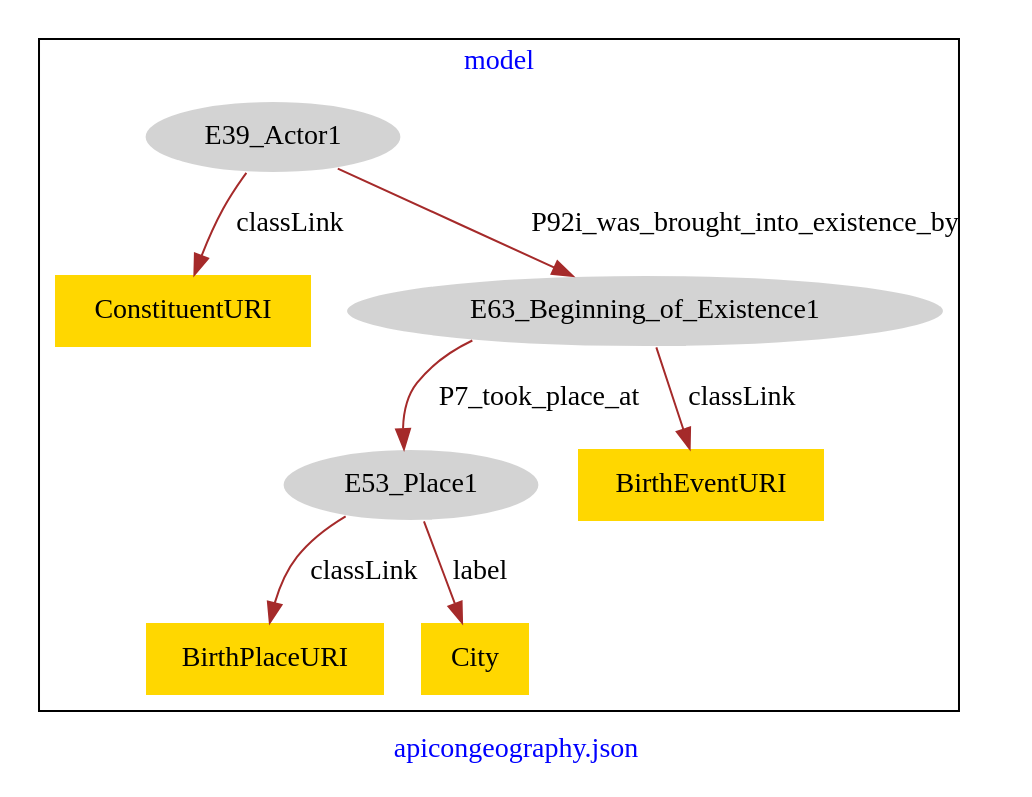
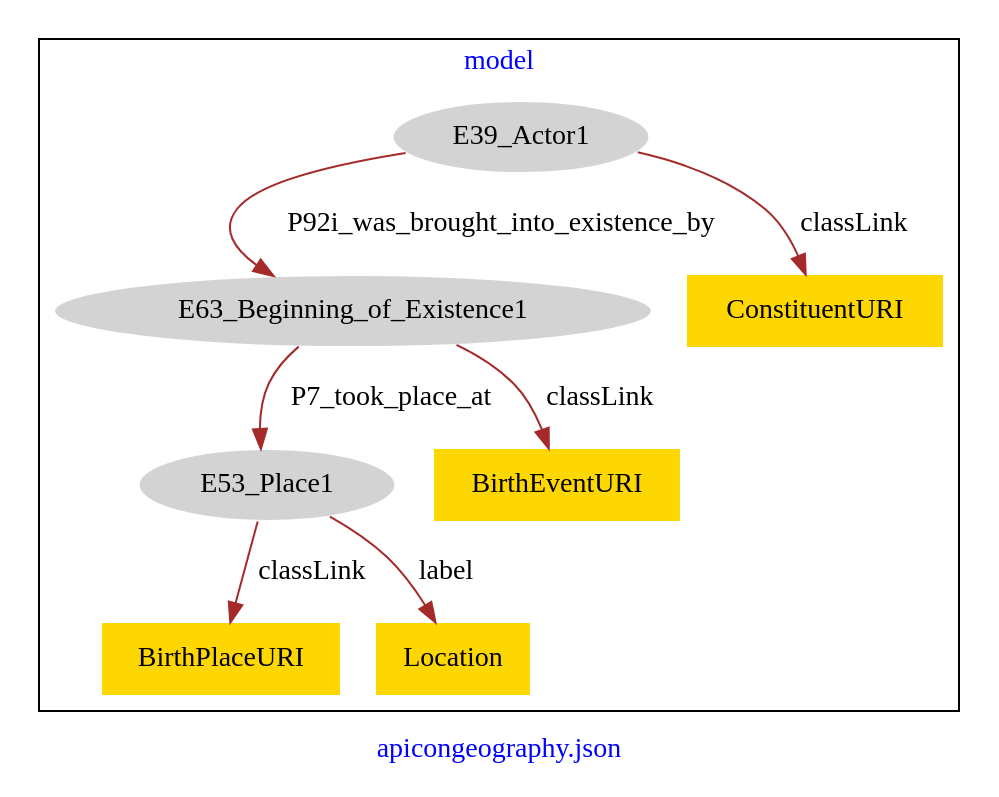
Before and after one commit to american-art/PUAM: the diagram in apicongeography/apicongeography-birth-model.dot, drawn with Graphviz.

Commit message:
Update file apicongeography-birth-model.dot

```diff
--- a/apicongeography/apicongeography-birth-model.dot
+++ b/apicongeography/apicongeography-birth-model.dot
@@ -1,21 +1,21 @@
 digraph n0 {
 fontcolor="blue"
 remincross="true"
 label="apicongeography.json"
 subgraph cluster {
 label="model"
 n2[style="filled",color="white",fillcolor="lightgray",label="E39_Actor1"];
-n3[shape="plaintext",style="filled",fillcolor="gold",label="ConstituentURI"];
-n4[style="filled",color="white",fillcolor="lightgray",label="E63_Beginning_of_Existence1"];
-n5[style="filled",color="white",fillcolor="lightgray",label="E53_Place1"];
-n6[shape="plaintext",style="filled",fillcolor="gold",label="BirthPlaceURI"];
-n7[shape="plaintext",style="filled",fillcolor="gold",label="City"];
-n8[shape="plaintext",style="filled",fillcolor="gold",label="BirthEventURI"];
+n3[style="filled",color="white",fillcolor="lightgray",label="E63_Beginning_of_Existence1"];
+n4[style="filled",color="white",fillcolor="lightgray",label="E53_Place1"];
+n5[shape="plaintext",style="filled",fillcolor="gold",label="BirthEventURI"];
+n6[shape="plaintext",style="filled",fillcolor="gold",label="ConstituentURI"];
+n7[shape="plaintext",style="filled",fillcolor="gold",label="BirthPlaceURI"];
+n8[shape="plaintext",style="filled",fillcolor="gold",label="Location"];
 }
-n2 -> n3[color="brown",fontcolor="black",label="classLink"]
-n2 -> n4[color="brown",fontcolor="black",label="P92i_was_brought_into_existence_by"]
-n5 -> n6[color="brown",fontcolor="black",label="classLink"]
-n5 -> n7[color="brown",fontcolor="black",label="label"]
-n4 -> n8[color="brown",fontcolor="black",label="classLink"]
-n4 -> n5[color="brown",fontcolor="black",label="P7_took_place_at"]
+n2 -> n3[color="brown",fontcolor="black",label="P92i_was_brought_into_existence_by"]
+n3 -> n4[color="brown",fontcolor="black",label="P7_took_place_at"]
+n3 -> n5[color="brown",fontcolor="black",label="classLink"]
+n2 -> n6[color="brown",fontcolor="black",label="classLink"]
+n4 -> n7[color="brown",fontcolor="black",label="classLink"]
+n4 -> n8[color="brown",fontcolor="black",label="label"]
 }
```
